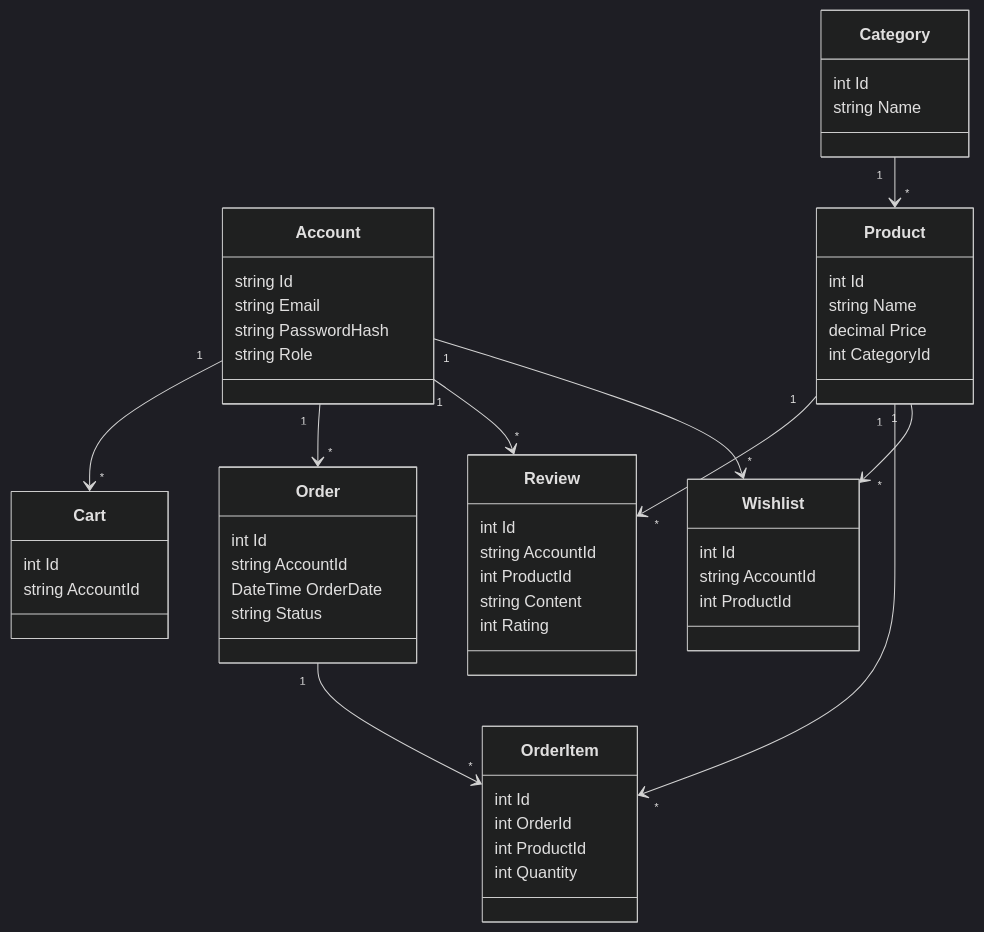
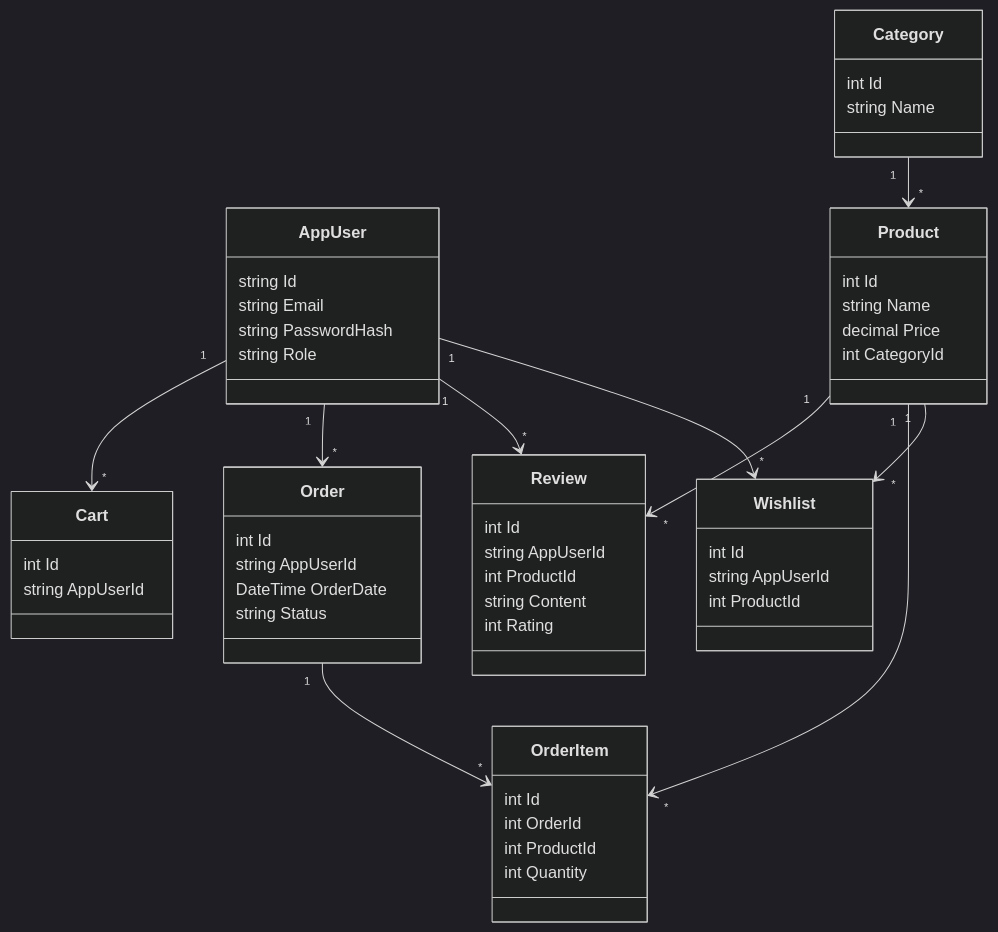
The diagram in README.md (MahmoudHossam00/ClothingStore-Fullstack), drawn with Mermaid (dark theme) before and after one commit. The commit also changed other lines of this file, not shown here.

````diff
--- a/README.md
+++ b/README.md
@@ -74,65 +74,65 @@
 ```mermaid
 classDiagram
-    class Account {
+    class AppUser {
         string Id
         string Email
         string PasswordHash
         string Role
     }
 
     class Product {
         int Id
         string Name
         decimal Price
         int CategoryId
     }
 
     class Category {
         int Id
         string Name
     }
 
     class Cart {
         int Id
-        string AccountId
+        string AppUserId
     }
 
     class Order {
         int Id
-        string AccountId
+        string AppUserId
         DateTime OrderDate
         string Status
     }
 
     class OrderItem {
         int Id
         int OrderId
         int ProductId
         int Quantity
     }
 
     class Review {
         int Id
-        string AccountId
+        string AppUserId
         int ProductId
         string Content
         int Rating
     }
 
     class Wishlist {
         int Id
-        string AccountId
+        string AppUserId
         int ProductId
     }
 
     %% Relationships
-    Account "1" --> "*" Cart
-    Account "1" --> "*" Order
-    Account "1" --> "*" Review
-    Account "1" --> "*" Wishlist
+    AppUser "1" --> "*" Cart
+    AppUser "1" --> "*" Order
+    AppUser "1" --> "*" Review
+    AppUser "1" --> "*" Wishlist
     Product "1" --> "*" Review
     Product "1" --> "*" OrderItem
     Product "1" --> "*" Wishlist
     Category "1" --> "*" Product
     Order "1" --> "*" OrderItem
 ```
````
